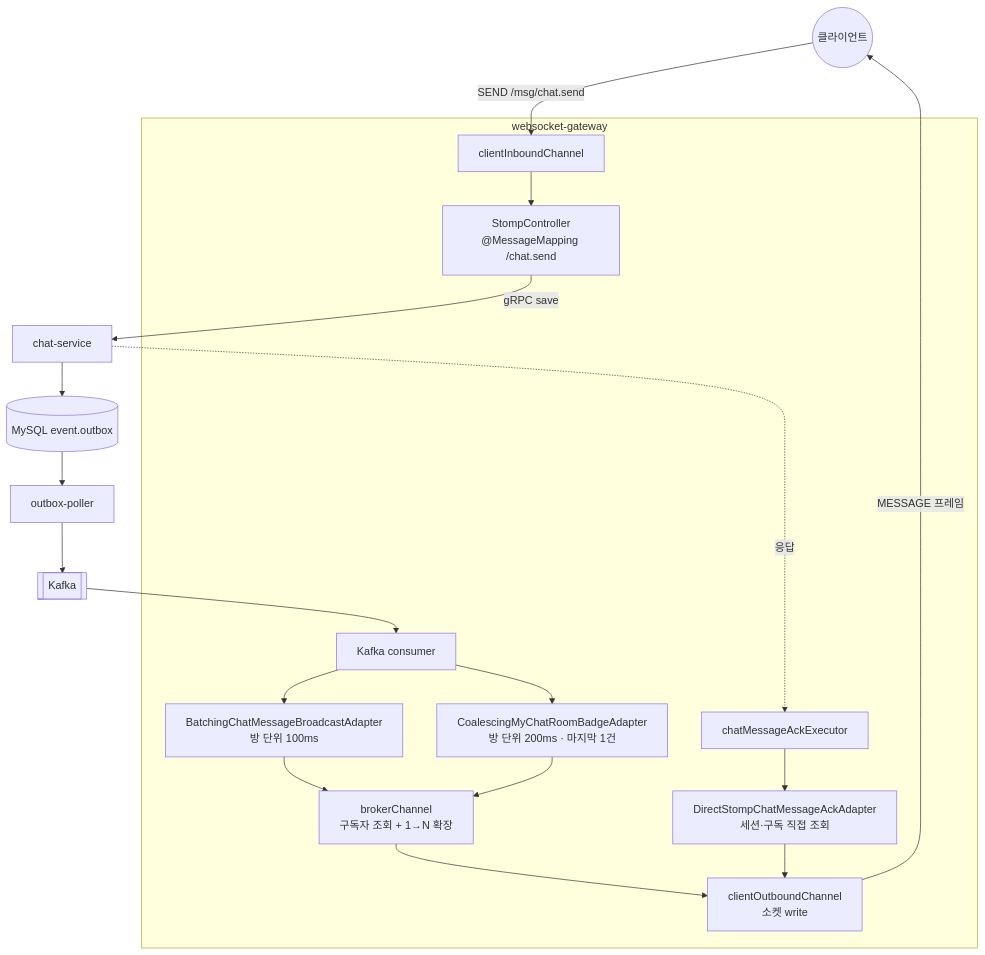
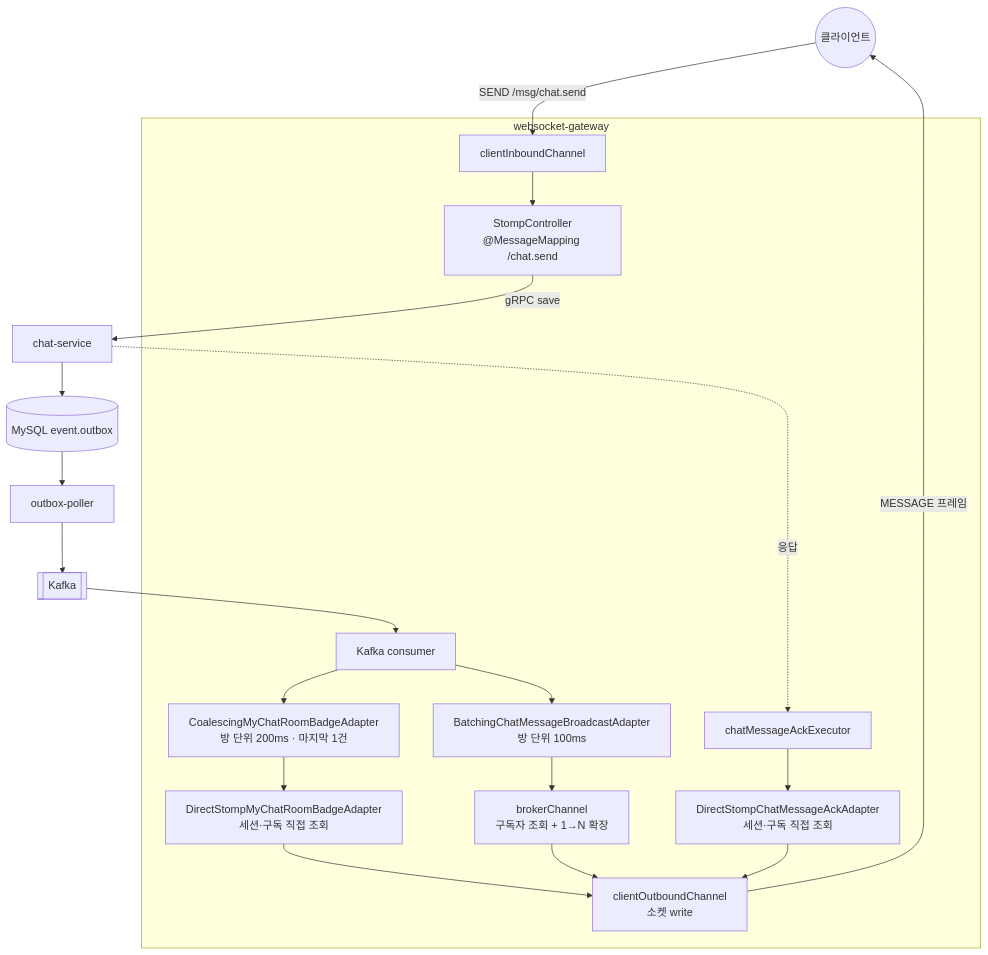
One commit to noah0504789/crypto-project-backend changed the first of 2 diagrams in docs/modules/WEBSOCKET_GATEWAY.md. Above: the diagram before and after it, drawn with Mermaid. The commit also changed other lines of this file and 21 other files, not shown here.

````diff
--- a/docs/modules/WEBSOCKET_GATEWAY.md
+++ b/docs/modules/WEBSOCKET_GATEWAY.md
@@ -55,32 +55,33 @@
 ```mermaid
 graph TB
   C(("클라이언트"))
 
   subgraph GW["websocket-gateway"]
     IN["clientInboundChannel"]
     CTRL["StompController<br/>@MessageMapping /chat.send"]
     ACKX["chatMessageAckExecutor"]
     ACKD["DirectStompChatMessageAckAdapter<br/>세션·구독 직접 조회"]
     KC["Kafka consumer"]
     BATCH["BatchingChatMessageBroadcastAdapter<br/>방 단위 100ms"]
     CONF["CoalescingMyChatRoomBadgeAdapter<br/>방 단위 200ms · 마지막 1건"]
+    BADGED["DirectStompMyChatRoomBadgeAdapter<br/>세션·구독 직접 조회"]
     BRK["brokerChannel<br/>구독자 조회 + 1→N 확장"]
     OUT["clientOutboundChannel<br/>소켓 write"]
   end
 
   CHAT["chat-service"]
   MYSQL[("MySQL event.outbox")]
   POLL["outbox-poller"]
   KAFKA[["Kafka"]]
 
   C -->|"SEND /msg/chat.send"| IN --> CTRL
   CTRL -->|"gRPC save"| CHAT --> MYSQL
   CHAT -.->|"응답"| ACKX --> ACKD
 
   MYSQL --> POLL --> KAFKA --> KC
   KC --> BATCH --> BRK
-  KC --> CONF --> BRK
+  KC --> CONF --> BADGED --> OUT
   BRK --> OUT
   ACKD --> OUT
   OUT -->|"MESSAGE 프레임"| C
 ```
````
